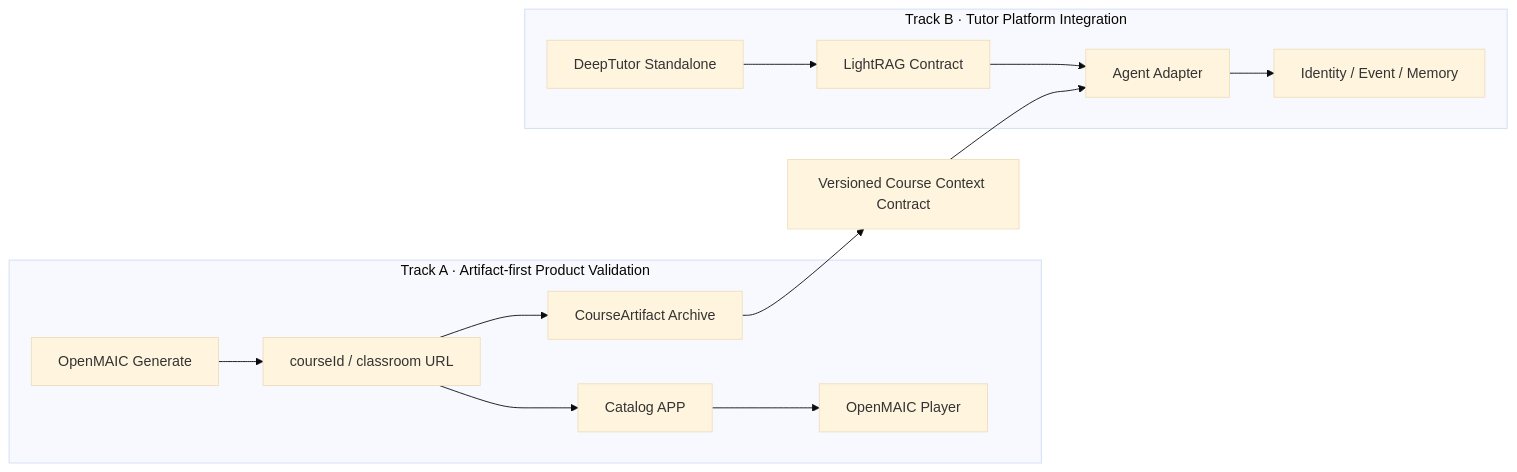
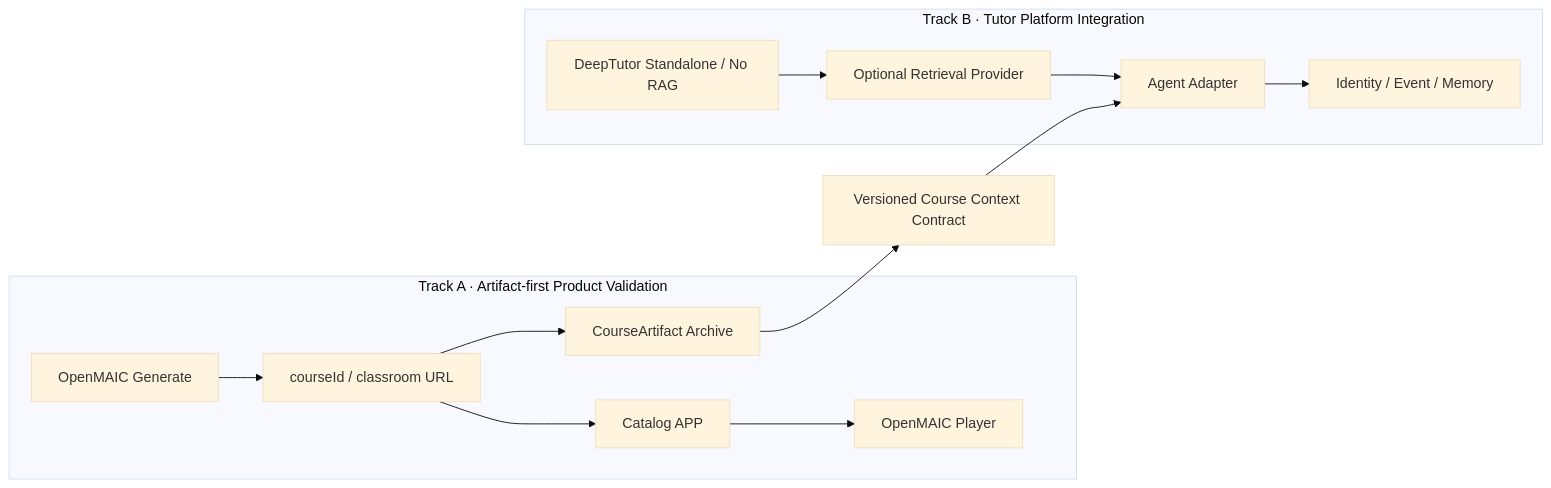
The diagram in docs/refined/08-fast-validation-parallel-evolution.md (variableway/innate-tutor), drawn with Mermaid (base theme) before and after one commit. The commit also changed other lines of this file and 8 other files, not shown here.

````diff
--- a/docs/refined/08-fast-validation-parallel-evolution.md
+++ b/docs/refined/08-fast-validation-parallel-evolution.md
@@ -18,18 +18,18 @@
 ```mermaid
 flowchart LR
   subgraph A["Track A · Artifact-first Product Validation"]
     A1["OpenMAIC Generate"] --> A2["courseId / classroom URL"]
     A2 --> A3["Catalog APP"]
     A3 --> A4["OpenMAIC Player"]
     A2 --> A5["CourseArtifact Archive"]
   end
 
   subgraph B["Track B · Tutor Platform Integration"]
-    B1["DeepTutor Standalone"] --> B2["LightRAG Contract"]
+    B1["DeepTutor Standalone / No RAG"] --> B2["Optional Retrieval Provider"]
     B2 --> B3["Agent Adapter"]
     B3 --> B4["Identity / Event / Memory"]
   end
 
   A5 --> C["Versioned Course Context Contract"]
   C --> B3
 ```
````
